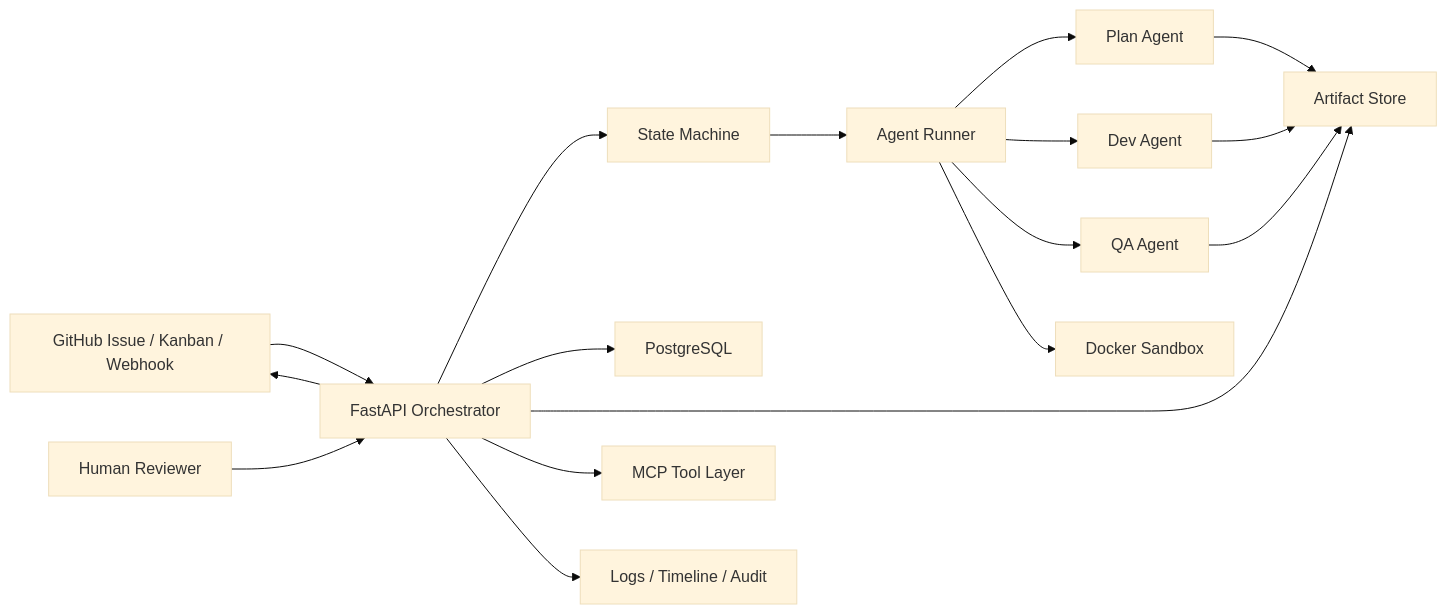
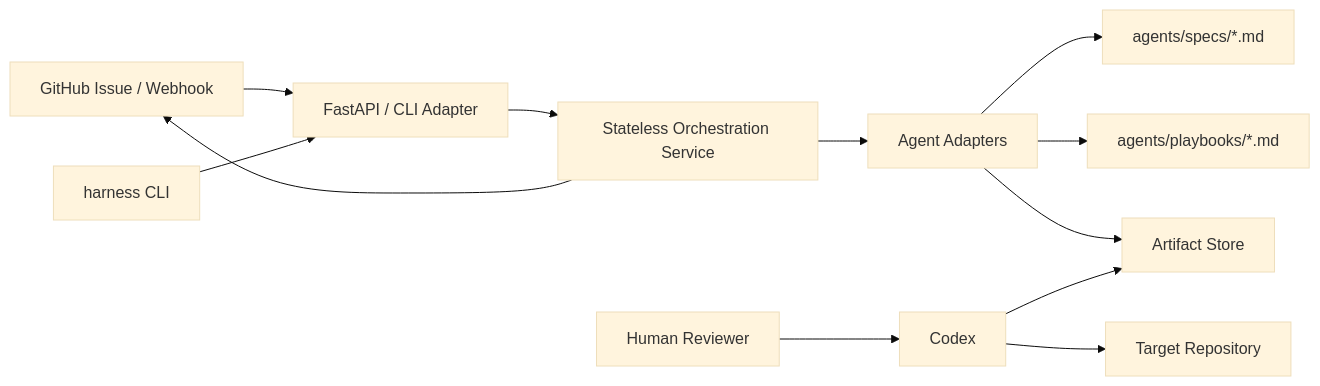
One commit to passionryu/Harness changed the diagram in docs/architecture.md. Above: the diagram before and after it, drawn with Mermaid (base theme). The commit also changed other lines of this file and 10 other files, not shown here.

````diff
--- a/docs/architecture.md
+++ b/docs/architecture.md
@@ -5,19 +5,14 @@
 ```mermaid
 flowchart LR
-    GH["GitHub Issue / Kanban / Webhook"] --> API["FastAPI Orchestrator"]
-    API --> SM["State Machine"]
-    API --> DB["PostgreSQL"]
-    API --> AR["Artifact Store"]
-    SM --> RUN["Agent Runner"]
-    RUN --> PLAN["Plan Agent"]
-    RUN --> DEV["Dev Agent"]
-    RUN --> QA["QA Agent"]
-    RUN --> SB["Docker Sandbox"]
-    PLAN --> AR
-    DEV --> AR
-    QA --> AR
-    API --> MCP["MCP Tool Layer"]
-    API --> OBS["Logs / Timeline / Audit"]
-    HUMAN["Human Reviewer"] --> API
-    API --> GH
+    GH["GitHub Issue / Webhook"] --> API["FastAPI / CLI Adapter"]
+    CLI["harness CLI"] --> API
+    API --> OR["Stateless Orchestration Service"]
+    OR --> AG["Agent Adapters"]
+    AG --> SPEC["agents/specs/*.md"]
+    AG --> PB["agents/playbooks/*.md"]
+    AG --> AR["Artifact Store"]
+    CODEX["Codex"] --> AR
+    CODEX --> TARGET["Target Repository"]
+    HUMAN["Human Reviewer"] --> CODEX
+    OR --> GH
 ```
````
